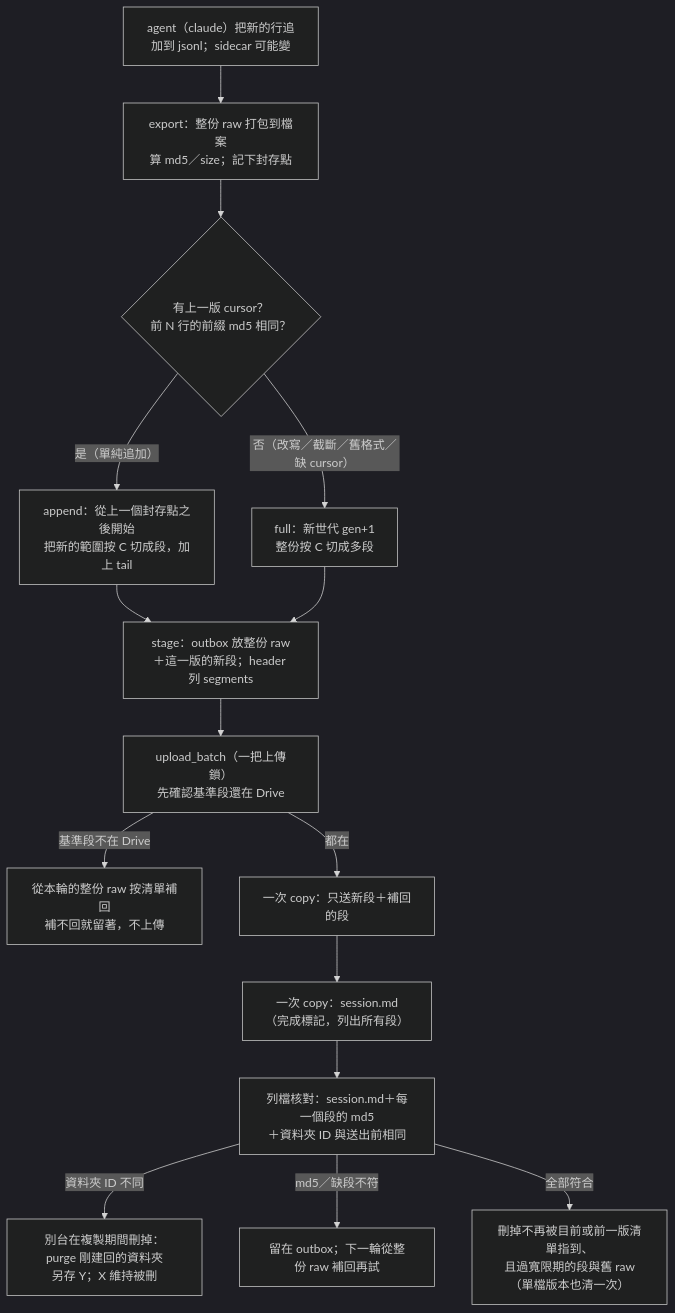
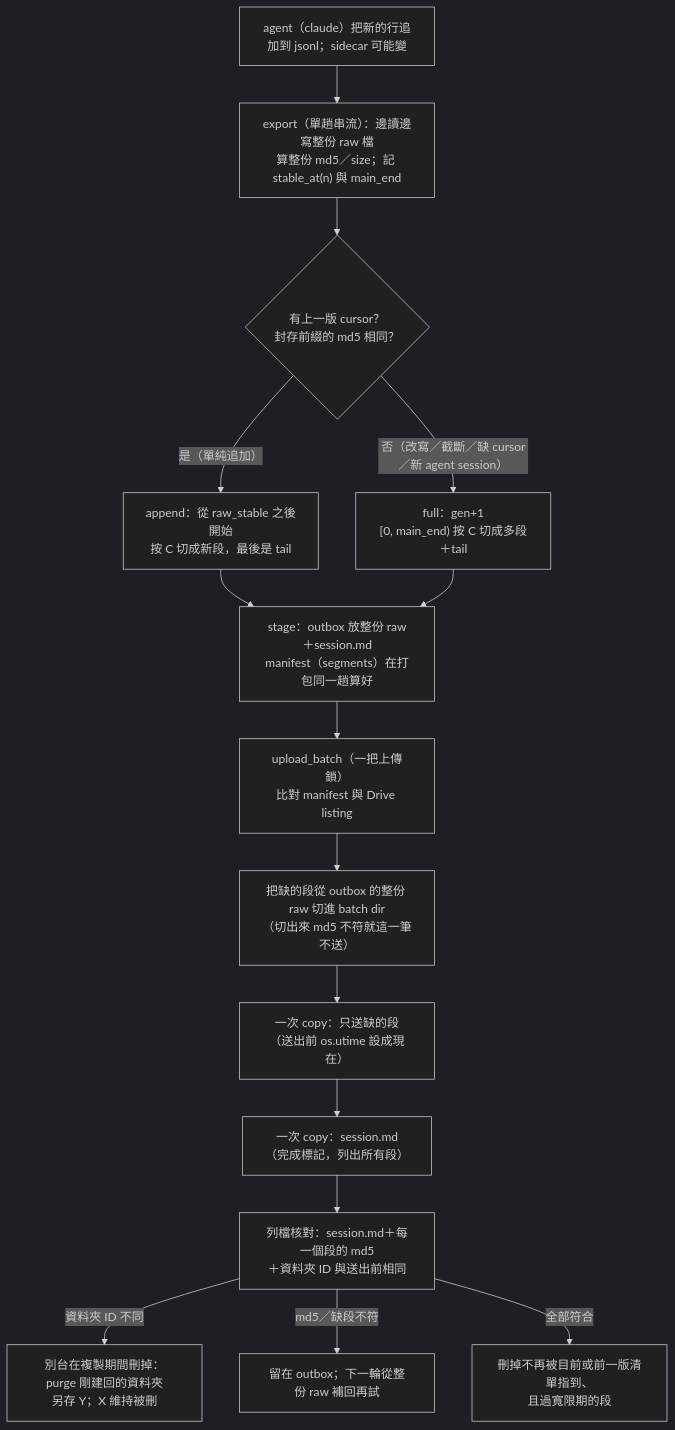
One commit to FATESAIKOU/MyAiStorage changed the first of 2 diagrams in openspec/changes/agora-diff-upload/design.md. Above: the diagram before and after it, drawn with Mermaid (dark theme). The commit also changed other lines of this file and 5 other files, not shown here.

````diff
--- a/openspec/changes/agora-diff-upload/design.md
+++ b/openspec/changes/agora-diff-upload/design.md
@@ -16,17 +18,17 @@
 ```mermaid
 flowchart TD
-    A["agent（claude）把新的行追加到 jsonl；sidecar 可能變"] --> B["export：整份 raw 打包到檔案<br/>算 md5／size；記下封存點"]
-    B --> C{"有上一版 cursor？<br/>前 N 行的前綴 md5 相同？"}
-    C -- "是（單純追加）" --> D["append：從上一個封存點之後開始<br/>把新的範圍按 C 切成段，加上 tail"]
-    C -- "否（改寫／截斷／舊格式／缺 cursor）" --> E["full：新世代 gen+1<br/>整份按 C 切成多段"]
-    D --> F["stage：outbox 放整份 raw<br/>＋這一版的新段；header 列 segments"]
+    A["agent（claude）把新的行追加到 jsonl；sidecar 可能變"] --> B["export（單趟串流）：邊讀邊寫整份 raw 檔<br/>算整份 md5／size；記 stable_at(n) 與 main_end"]
+    B --> C{"有上一版 cursor？<br/>封存前綴的 md5 相同？"}
+    C -- "是（單純追加）" --> D["append：從 raw_stable 之後開始<br/>按 C 切成新段，最後是 tail"]
+    C -- "否（改寫／截斷／缺 cursor／新 agent session）" --> E["full：gen+1<br/>[0, main_end) 按 C 切成多段＋tail"]
+    D --> F["stage：outbox 放整份 raw＋session.md<br/>manifest（segments）在打包同一趟算好"]
     E --> F
-    F --> G["upload_batch（一把上傳鎖）<br/>先確認基準段還在 Drive"]
-    G -- "基準段不在 Drive" --> H["從本輪的整份 raw 按清單補回<br/>補不回就留著，不上傳"]
-    G -- "都在" --> I["一次 copy：只送新段＋補回的段"]
+    F --> G["upload_batch（一把上傳鎖）<br/>比對 manifest 與 Drive listing"]
+    G --> H["把缺的段從 outbox 的整份 raw 切進 batch dir<br/>（切出來 md5 不符就這一筆不送）"]
+    H --> I["一次 copy：只送缺的段<br/>（送出前 os.utime 設成現在）"]
     I --> J["一次 copy：session.md<br/>（完成標記，列出所有段）"]
     J --> K["列檔核對：session.md＋每一個段的 md5<br/>＋資料夾 ID 與送出前相同"]
     K -- "資料夾 ID 不同" --> N["別台在複製期間刪掉：purge 剛建回的資料夾<br/>另存 Y；X 維持被刪"]
     K -- "md5／缺段不符" --> L["留在 outbox；下一輪從整份 raw 補回再試"]
-    K -- "全部符合" --> M["刪掉不再被目前或前一版清單指到、<br/>且過寬限期的段與舊 raw（單檔版本也清一次）"]
+    K -- "全部符合" --> M["刪掉不再被目前或前一版清單指到、<br/>且過寬限期的段"]
 ```
````
